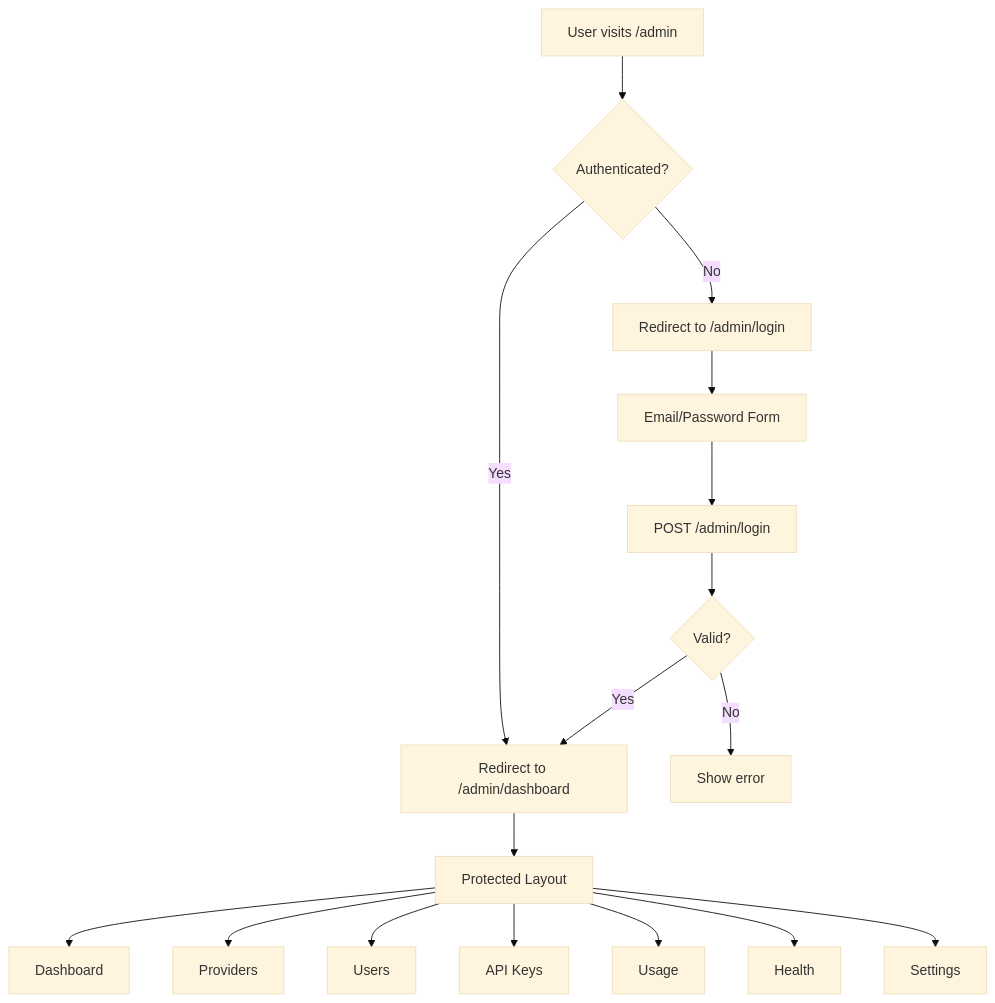
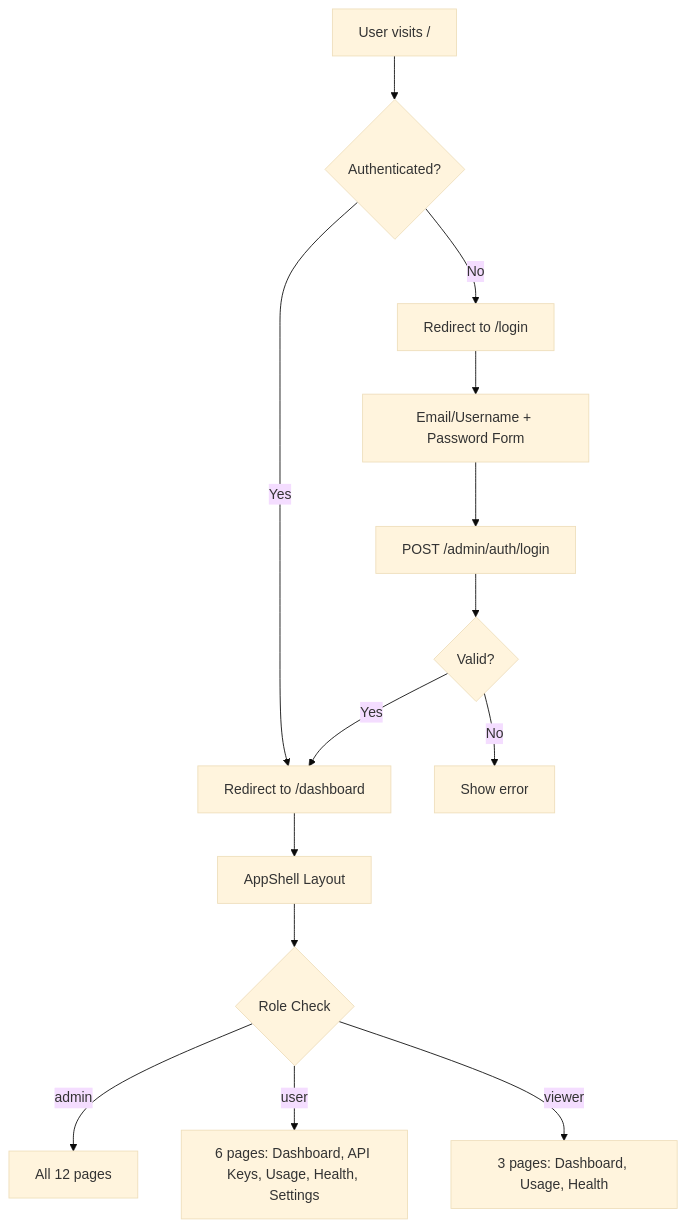
The diagram in openspec/changes/redesign-admin-ui/design.md (xiaozhaolhg/ai-api-gateway), drawn with Mermaid (base theme) before and after one commit. The commit also changed other lines of this file and 28 other files, not shown here.

````diff
--- a/openspec/changes/redesign-admin-ui/design.md
+++ b/openspec/changes/redesign-admin-ui/design.md
@@ -65,19 +115,16 @@
 ```mermaid
 graph TD
-    A[User visits /admin] --> B{Authenticated?}
-    B -->|No| C[Redirect to /admin/login]
-    B -->|Yes| D[Redirect to /admin/dashboard]
-    C --> E[Email/Password Form]
-    E --> F[POST /admin/login]
+    A[User visits /] --> B{Authenticated?}
+    B -->|No| C[Redirect to /login]
+    B -->|Yes| D[Redirect to /dashboard]
+    C --> E[Email/Username + Password Form]
+    E --> F[POST /admin/auth/login]
     F --> G{Valid?}
     G -->|Yes| D
     G -->|No| H[Show error]
-    D --> I[Protected Layout]
-    I --> J[Dashboard]
-    I --> K[Providers]
-    I --> L[Users]
-    I --> M[API Keys]
-    I --> N[Usage]
-    I --> O[Health]
-    I --> P[Settings]
+    D --> I[AppShell Layout]
+    I --> J{Role Check}
+    J -->|admin| K[All 12 pages]
+    J -->|user| L[6 pages: Dashboard, API Keys, Usage, Health, Settings]
+    J -->|viewer| M[3 pages: Dashboard, Usage, Health]
 ```
````
